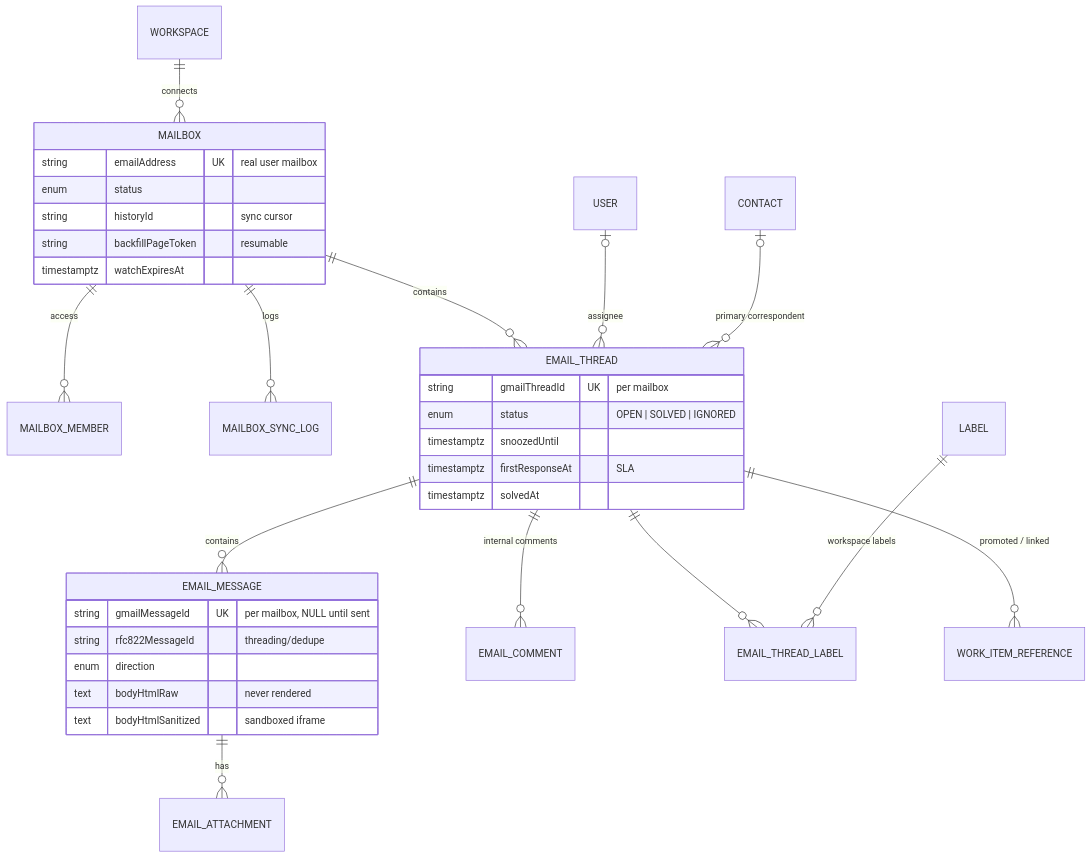
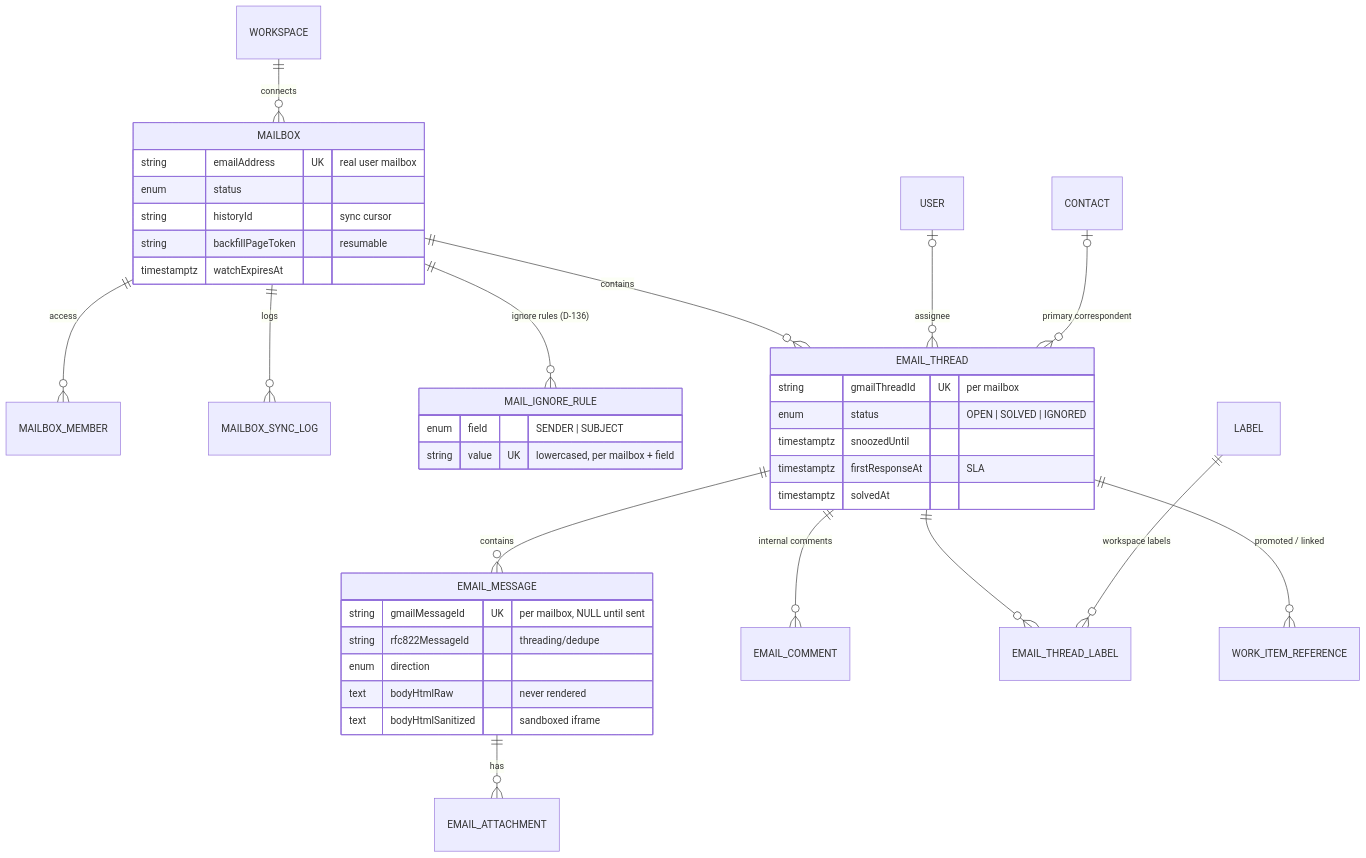
One commit to VTKLeuven/dopl changed the sixth of 8 diagrams in docs/DATA_MODEL.md. Above: the diagram before and after it, drawn with Mermaid. The commit also changed other lines of this file and 9 other files, not shown here.

First line of the commit message:
Record the ignore-rule and folding-column decisions

````diff
--- a/docs/DATA_MODEL.md
+++ b/docs/DATA_MODEL.md
@@ -298,37 +298,42 @@
 ```mermaid
 erDiagram
   WORKSPACE ||--o{ MAILBOX : connects
   MAILBOX ||--o{ MAILBOX_MEMBER : "access"
   MAILBOX ||--o{ MAILBOX_SYNC_LOG : logs
+  MAILBOX ||--o{ MAIL_IGNORE_RULE : "ignore rules (D-136)"
   MAILBOX ||--o{ EMAIL_THREAD : contains
   EMAIL_THREAD ||--o{ EMAIL_MESSAGE : contains
   EMAIL_MESSAGE ||--o{ EMAIL_ATTACHMENT : has
   EMAIL_THREAD ||--o{ EMAIL_COMMENT : "internal comments"
   EMAIL_THREAD ||--o{ EMAIL_THREAD_LABEL : ""
   LABEL ||--o{ EMAIL_THREAD_LABEL : "workspace labels"
   USER |o--o{ EMAIL_THREAD : assignee
   CONTACT |o--o{ EMAIL_THREAD : "primary correspondent"
   EMAIL_THREAD ||--o{ WORK_ITEM_REFERENCE : "promoted / linked"
 
   MAILBOX {
     string emailAddress UK "real user mailbox"
     enum status
     string historyId "sync cursor"
     string backfillPageToken "resumable"
     timestamptz watchExpiresAt
   }
+  MAIL_IGNORE_RULE {
+    enum field "SENDER | SUBJECT"
+    string value UK "lowercased, per mailbox + field"
+  }
   EMAIL_THREAD {
     string gmailThreadId UK "per mailbox"
     enum status "OPEN | SOLVED | IGNORED"
     timestamptz snoozedUntil
     timestamptz firstResponseAt "SLA"
     timestamptz solvedAt
   }
   EMAIL_MESSAGE {
     string gmailMessageId UK "per mailbox, NULL until sent"
     string rfc822MessageId "threading/dedupe"
     enum direction
     text bodyHtmlRaw "never rendered"
     text bodyHtmlSanitized "sandboxed iframe"
   }
 ```
````
